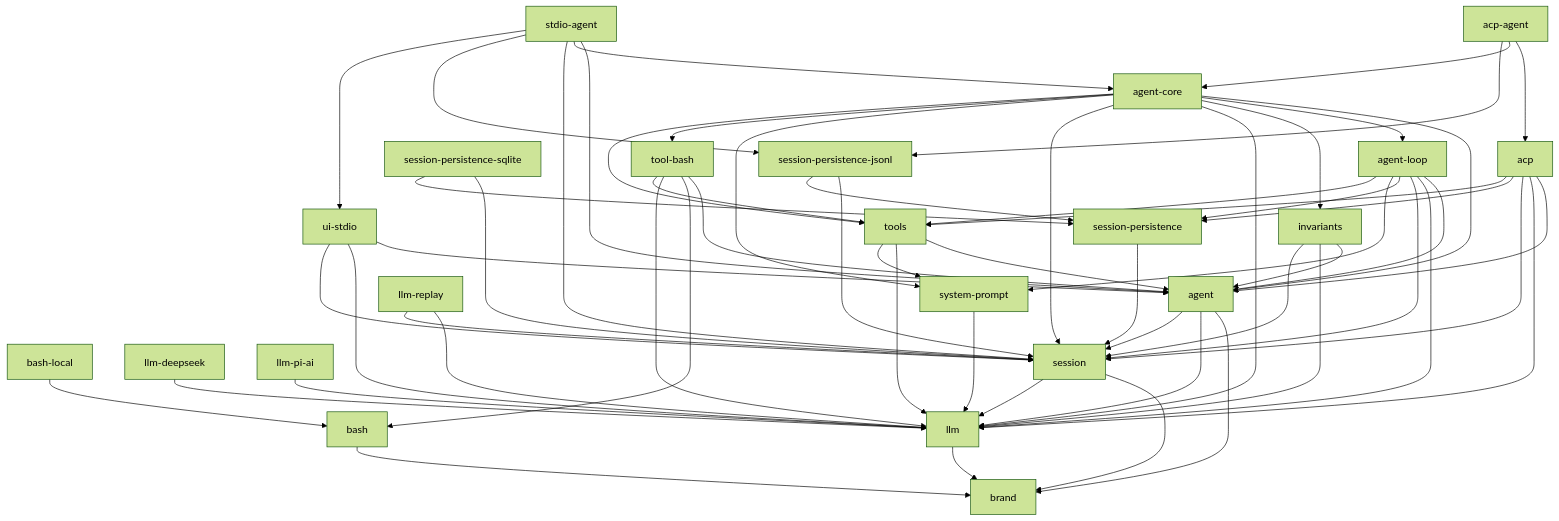
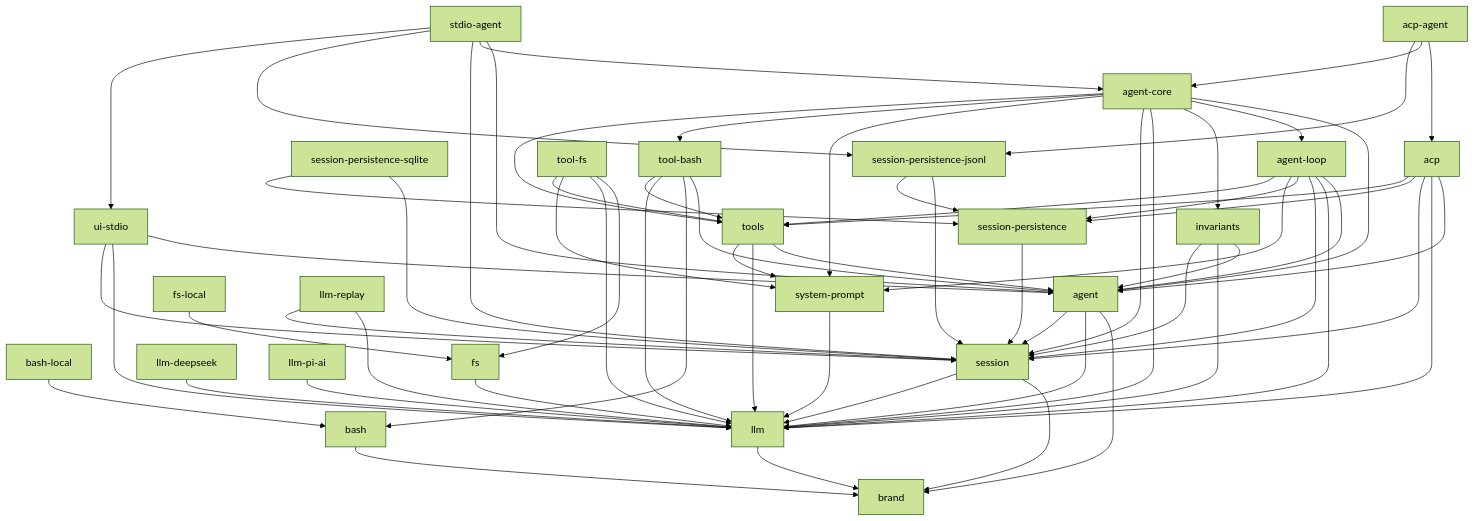
One commit to 007M7/DeepCode changed the diagram in docs/module-graph.md. Above: the diagram before and after it, drawn with Mermaid (forest theme). The commit also changed other lines of this file and 35 other files, not shown here.

````diff
--- a/docs/module-graph.md
+++ b/docs/module-graph.md
@@ -8,61 +8,67 @@
 ```mermaid
 graph TD
   bash --> brand
   llm --> brand
   bash-local --> bash
+  fs --> llm
   llm-deepseek --> llm
   llm-pi-ai --> llm
   session --> brand
   session --> llm
   system-prompt --> llm
   agent --> brand
   agent --> llm
   agent --> session
+  fs-local --> fs
   llm-replay --> llm
   llm-replay --> session
   session-persistence --> session
   invariants --> agent
   invariants --> llm
   invariants --> session
   session-persistence-jsonl --> session
   session-persistence-jsonl --> session-persistence
   session-persistence-sqlite --> session
   session-persistence-sqlite --> session-persistence
   tools --> agent
   tools --> llm
   tools --> system-prompt
   ui-stdio --> agent
   ui-stdio --> llm
   ui-stdio --> session
   acp --> agent
   acp --> llm
   acp --> session
   acp --> session-persistence
   acp --> tools
   agent-loop --> agent
   agent-loop --> llm
   agent-loop --> session
   agent-loop --> session-persistence
   agent-loop --> system-prompt
   agent-loop --> tools
   tool-bash --> agent
   tool-bash --> bash
   tool-bash --> llm
   tool-bash --> tools
+  tool-fs --> fs
+  tool-fs --> llm
+  tool-fs --> system-prompt
+  tool-fs --> tools
   agent-core --> agent
   agent-core --> agent-loop
   agent-core --> invariants
   agent-core --> llm
   agent-core --> session
   agent-core --> system-prompt
   agent-core --> tool-bash
   agent-core --> tools
   acp-agent --> acp
   acp-agent --> agent-core
   acp-agent --> session-persistence-jsonl
   stdio-agent --> agent
   stdio-agent --> agent-core
   stdio-agent --> session
   stdio-agent --> session-persistence-jsonl
   stdio-agent --> ui-stdio
 ```
````
